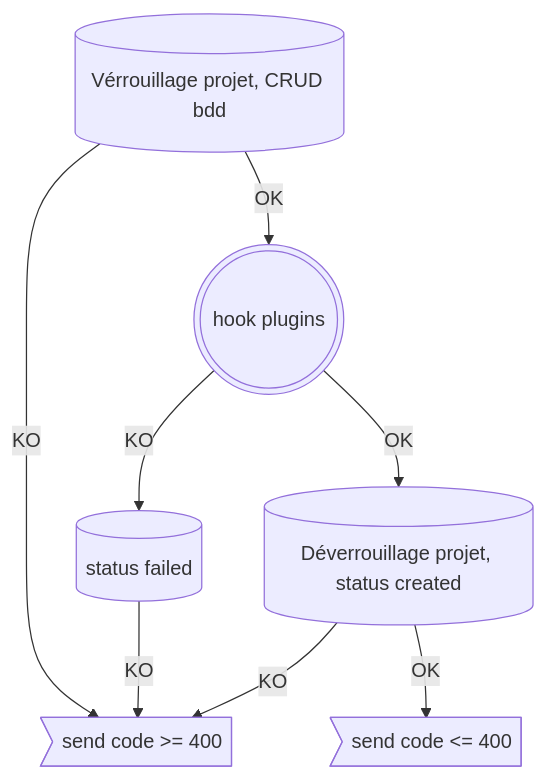
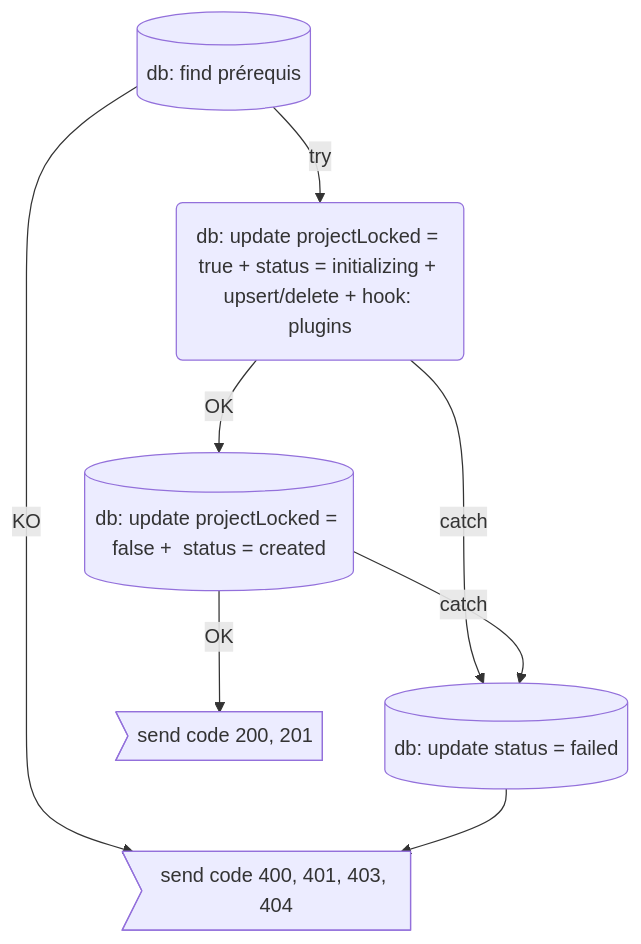
The diagram in misc/controllers.md (cloud-pi-native/console), drawn with Mermaid before and after one commit. The commit also changed 3 other files, not shown here.

````diff
--- a/misc/controllers.md
+++ b/misc/controllers.md
@@ -3,11 +3,11 @@
 ```mermaid
 flowchart TD
-    A[(Vérrouillage projet, CRUD bdd)]
-    A -->|KO| B>send code >= 400]
-    A -->|OK| D(((hook plugins)))
-    D -->|KO| E[(status failed)]
-    E -->|KO| B
-    D -->|OK| F[(Déverrouillage projet, status created)]
-    F -->|OK| G>send code <= 400]
-    F -->|KO| B
+    A[(db: find prérequis)]
+    A -->|KO| B>send code 400, 401, 403, 404]
+    A -->|try| D(db: update projectLocked = true + status = initializing + upsert/delete + hook: plugins)
+    D -->|catch| E[(db: update status = failed)]
+    E --> B
+    D -->|OK| G[(db: update projectLocked = false +  status = created)]
+    G -->|OK| H>send code 200, 201]
+    G -->|catch| E
 ```
````
